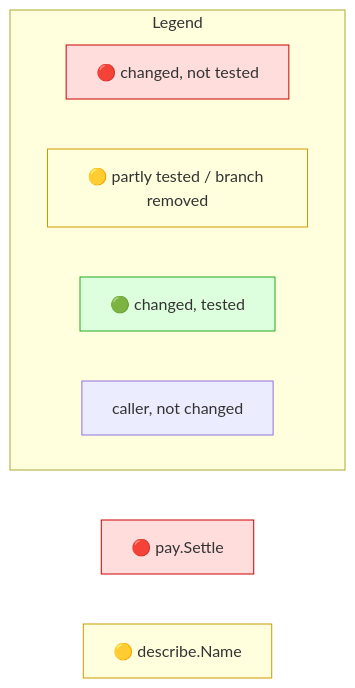
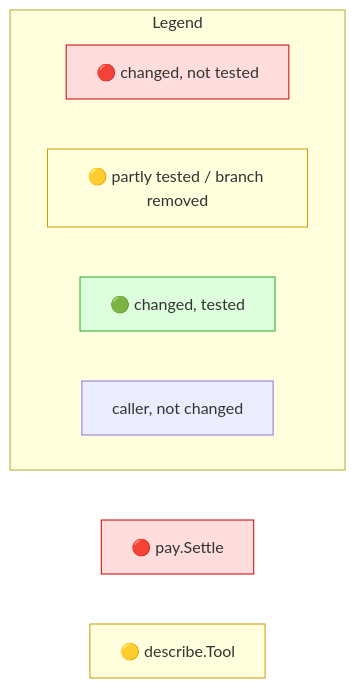
One commit to Kevinbarrero/mr-impact changed the diagram in testdata/e2e/config_file/expected.golden.md. Above: the diagram before and after it, drawn with Mermaid. The commit also changed other lines of this file and 13 other files, not shown here.

````diff
--- a/testdata/e2e/config_file/expected.golden.md
+++ b/testdata/e2e/config_file/expected.golden.md
@@ -16,15 +16,15 @@
 ```mermaid
 flowchart RL
   n0["🔴 pay.Settle"]:::red
-  n1["🟡 describe.Name"]:::yellow
+  n1["🟡 describe.Tool"]:::yellow
   subgraph legend ["Legend"]
     direction LR
     lr["🔴 changed, not tested"]:::red
     ly["🟡 partly tested / branch removed"]:::yellow
     lg["🟢 changed, tested"]:::green
     lc["caller, not changed"]
   end
   classDef red fill:#fdd,stroke:#c00
   classDef yellow fill:#ffd,stroke:#c90
   classDef green fill:#dfd,stroke:#2a2
 ```
````
